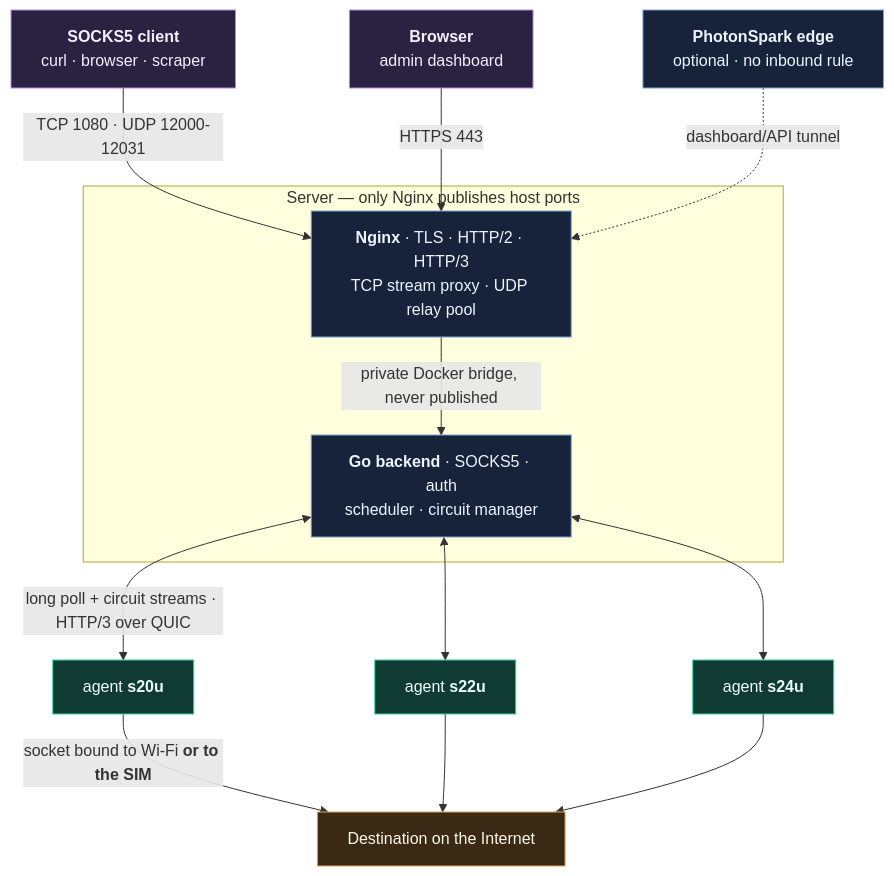
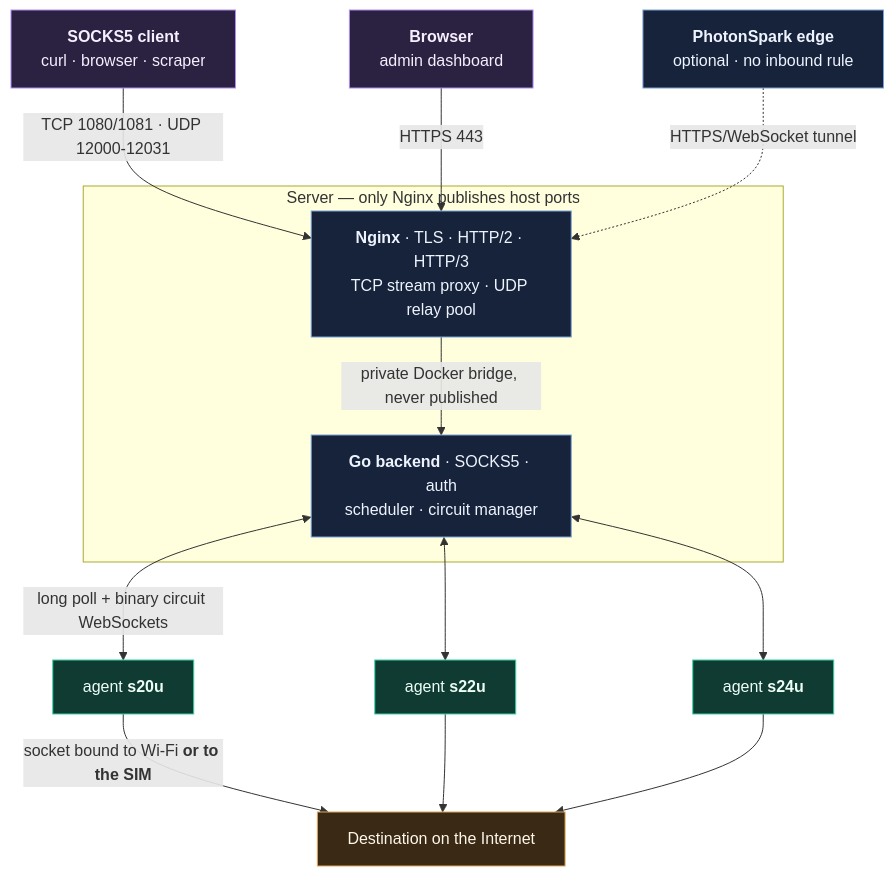
The first of 12 diagrams in README.md (CesarPetrescu/PocketExit), drawn with Mermaid before and after one commit. The commit also changed other lines of this file and 38 other files, not shown here.

Commit message:
Release PocketExit v0.4 WebSocket transport

````diff
--- a/README.md
+++ b/README.md
@@ -105,33 +104,33 @@
 ```mermaid
 flowchart TB
     CLI["<b>SOCKS5 client</b><br/>curl · browser · scraper"]
     BROWSER["<b>Browser</b><br/>admin dashboard"]
     SPARK["<b>PhotonSpark edge</b><br/>optional · no inbound rule"]
 
-    CLI -->|"TCP 1080 · UDP 12000-12031"| NGINX
+    CLI -->|"TCP 1080/1081 · UDP 12000-12031"| NGINX
     BROWSER -->|"HTTPS 443"| NGINX
-    SPARK -.->|"dashboard/API tunnel"| NGINX
+    SPARK -.->|"HTTPS/WebSocket tunnel"| NGINX
 
     subgraph vps["Server — only Nginx publishes host ports"]
         NGINX["<b>Nginx</b> · TLS · HTTP/2 · HTTP/3<br/>TCP stream proxy · UDP relay pool"]
         GO["<b>Go backend</b> · SOCKS5 · auth<br/>scheduler · circuit manager"]
         NGINX -->|"private Docker bridge, never published"| GO
     end
 
-    GO <-->|"long poll + circuit streams · HTTP/3 over QUIC"| P1["agent <b>s20u</b>"]
+    GO <-->|"long poll + binary circuit WebSockets"| P1["agent <b>s20u</b>"]
     GO <--> P2["agent <b>s22u</b>"]
     GO <--> P3["agent <b>s24u</b>"]
 
     P1 -->|"socket bound to Wi-Fi <b>or to the SIM</b>"| DEST["Destination on the Internet"]
     P2 --> DEST
     P3 --> DEST
 
     classDef client fill:#2b2140,stroke:#b18cf0,color:#f5efff
     classDef server fill:#16233a,stroke:#7aa2d6,color:#eef4ff
     classDef phone fill:#0f3b33,stroke:#34d3a6,color:#ecfdf5
     classDef net fill:#3a2a15,stroke:#e0a458,color:#fff6e8
     class CLI,BROWSER client
     class NGINX,GO,SPARK server
     class P1,P2,P3 phone
     class DEST net
 ```
````
